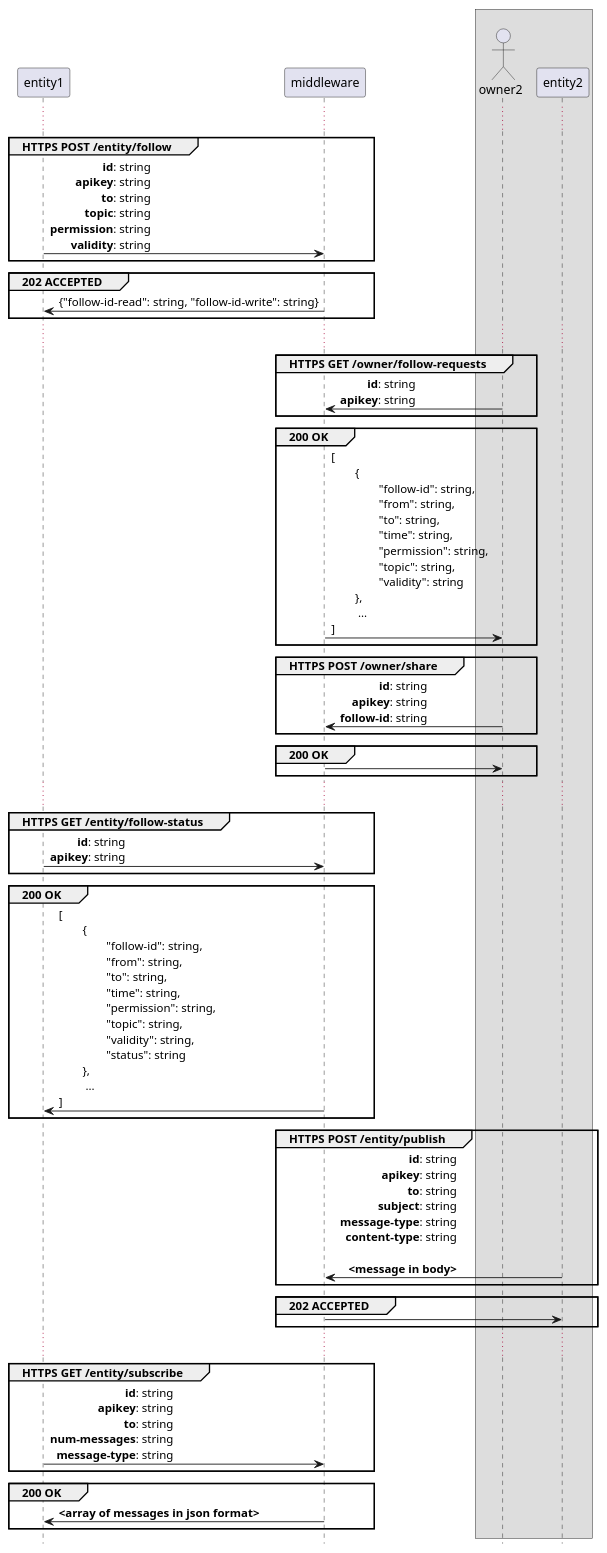
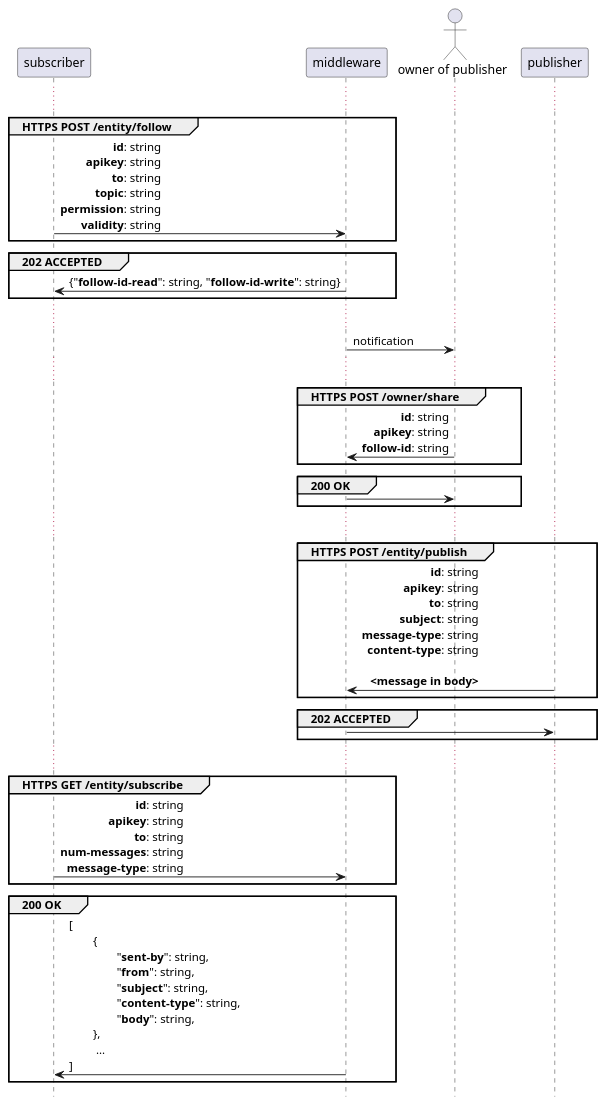
Before and after one commit to rbccps-iisc/corinthian: the diagram in DOCS/publish.plantuml, drawn with PlantUML. The commit also changed 5 other files, not shown here.

Commit message:
use subject instead of topic in subsrcibe; update figures

```diff
--- a/DOCS/publish.plantuml
+++ b/DOCS/publish.plantuml
@@ -1,68 +1,55 @@
 @startuml
 hide footbox
 
 
+
 ...
 group HTTPS POST /entity/follow
-entity1 -> middleware: **id**: string\r**apikey**: string\r**to**: string\r**topic**: string\r**permission**: string\r**validity**: string
+subscriber -> middleware: **id**: string\r**apikey**: string\r**to**: string\r**topic**: string\r**permission**: string\r**validity**: string
 end
 
 group 202 ACCEPTED
-middleware -> entity1: {"follow-id-read": string, "follow-id-write": string}
+middleware -> subscriber: {"**follow-id-read**": string, "**follow-id-write**": string}
 end
 
 ...
 
+    actor "owner of publisher"
+
+	participant publisher
 
 
-box " "
-    actor owner2
 
-	participant entity2
-end box
-
-group HTTPS GET /owner/follow-requests
-owner2 -> middleware:**id**: string\r**apikey**: string
-end
-
-group 200 OK
-middleware -> owner2: [\l\t{\t\r\t\t"follow-id": string,\r\t\t"from": string,\r\t\t"to": string,\r\t\t"time": string,\r\t\t"permission": string,\r\t\t"topic": string,\r\t\t"validity": string\r\t},\l\t ...\l]
-end
-
-group HTTPS POST /owner/share
-owner2 -> middleware : **id**: string\r**apikey**: string\r**follow-id**: string
-end
-
-group 200 OK
-middleware -> owner2
-end
+middleware -> "owner of publisher" : notification
 
 ...
-group HTTPS GET /entity/follow-status
-entity1 -> middleware: **id**: string\r**apikey**: string
-end
 
-group 200 OK
-middleware -> entity1: [\l\t{\t\r\t\t"follow-id": string,\r\t\t"from": string,\r\t\t"to": string,\r\t\t"time": string,\r\t\t"permission": string,\r\t\t"topic": string,\r\t\t"validity": string,\r\t\t"status": string\r\t},\l\t ...\l]
-end
+group HTTPS POST /owner/share                                                    
+"owner of publisher" -> middleware : **id**: string\r**apikey**: string\r**follow-id**: string 
+end                                                                              
+                                                                                 
+group 200 OK                                                                     
+middleware -> "owner of publisher"                                                             
+end                                                                              
 
+...
 
 group HTTPS POST /entity/publish
-entity2 -> middleware: **id**: string\r**apikey**: string\r**to**: string\r**subject**: string\r**message-type**: string\r**content-type**: string\r\r**<message in body>**
+publisher -> middleware: **id**: string\r**apikey**: string\r**to**: string\r**subject**: string\r**message-type**: string\r**content-type**: string\r\r**<message in body>**
 end
 
 group 202 ACCEPTED
-middleware -> entity2:
+middleware -> publisher:
 end
 
 ...
 group HTTPS GET /entity/subscribe
 
-entity1 -> middleware: **id**: string\r**apikey**: string\r**to**: string\r**num-messages**: string\r**message-type**: string
+subscriber -> middleware: **id**: string\r**apikey**: string\r**to**: string\r**num-messages**: string\r**message-type**: string
 end
 
 group 200 OK
-middleware -> entity1: **<array of messages in json format>**
+middleware -> subscriber: [\l\t{\t\r\t\t"**sent-by**": string,\r\t\t"**from**": string,\r\t\t"**subject**": string,\r\t\t"**content-type**": string,\r\t\t"**body**": string,\r\t},\l\t ...\l]
 end
 
 @enduml
```
